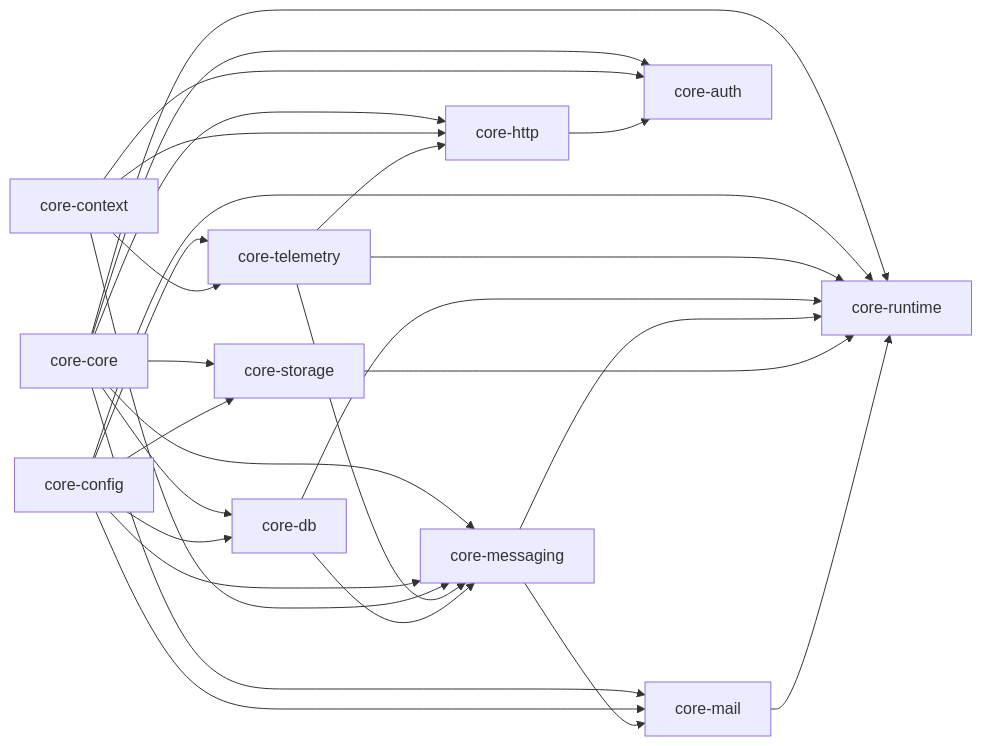
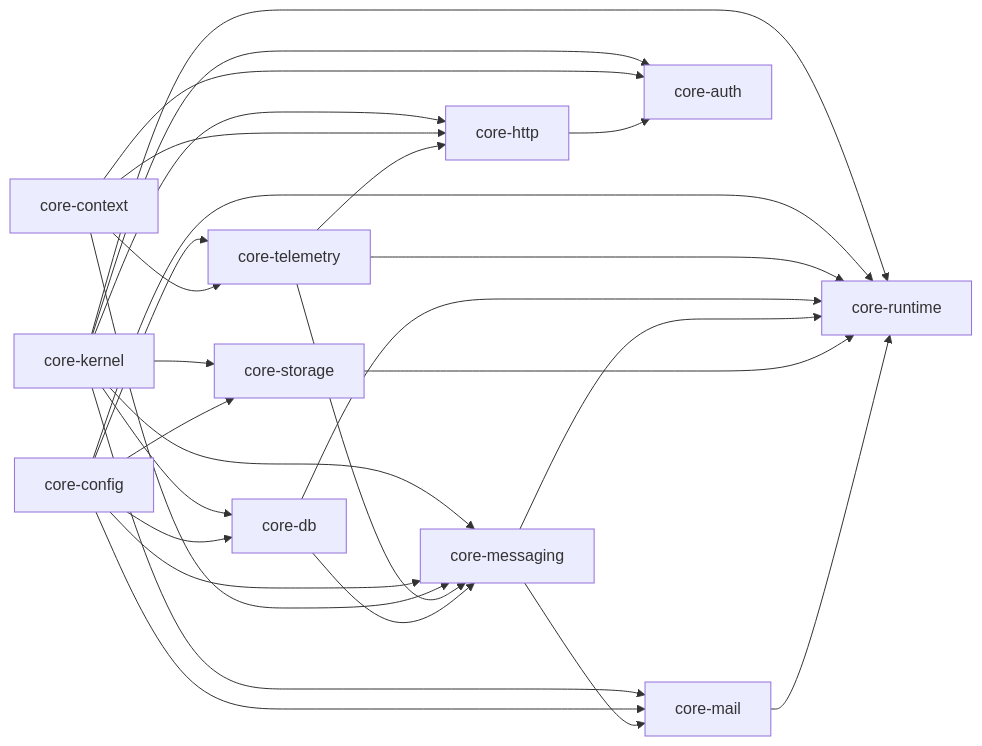
The second of 2 diagrams in docs/03-architecture/code-architecture.md (ninggiangboy/residential-management-system), drawn with Mermaid before and after one commit. The commit also changed other lines of this file and 65 other files, not shown here.

First line of the commit message:
refactor(core): rename core-core to core-kernel and core-web-core to core-web

````diff
--- a/docs/03-architecture/code-architecture.md
+++ b/docs/03-architecture/code-architecture.md
@@ -378,12 +378,12 @@
 ```mermaid
 flowchart LR
-  core["core-core"] --> db["core-db"] & messaging["core-messaging"] & mail["core-mail"] & storage["core-storage"] & auth["core-auth"] & http["core-http"] & runtime["core-runtime"]
+  core["core-kernel"] --> db["core-db"] & messaging["core-messaging"] & mail["core-mail"] & storage["core-storage"] & auth["core-auth"] & http["core-http"] & runtime["core-runtime"]
   config["core-config"] --> db & messaging & telemetry["core-telemetry"] & mail & storage & runtime
   context["core-context"] --> telemetry & http & messaging & auth
   telemetry --> http & messaging & runtime
   db --> messaging & runtime
   http --> auth
   messaging --> mail & runtime
   storage --> runtime
   mail --> runtime
 ```
````
